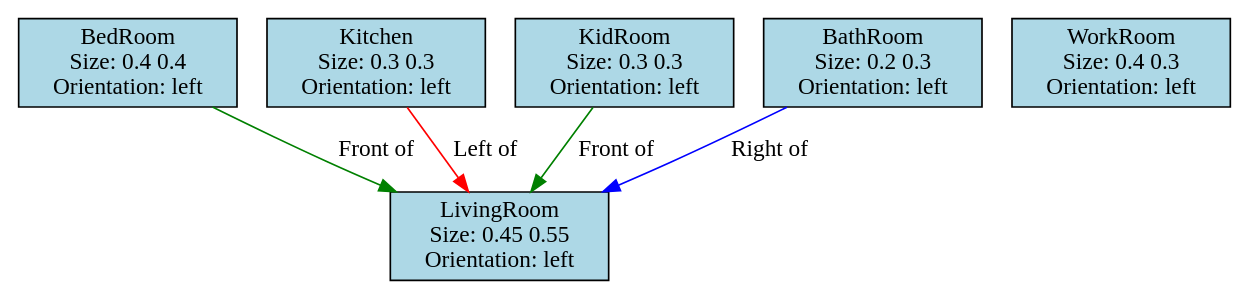
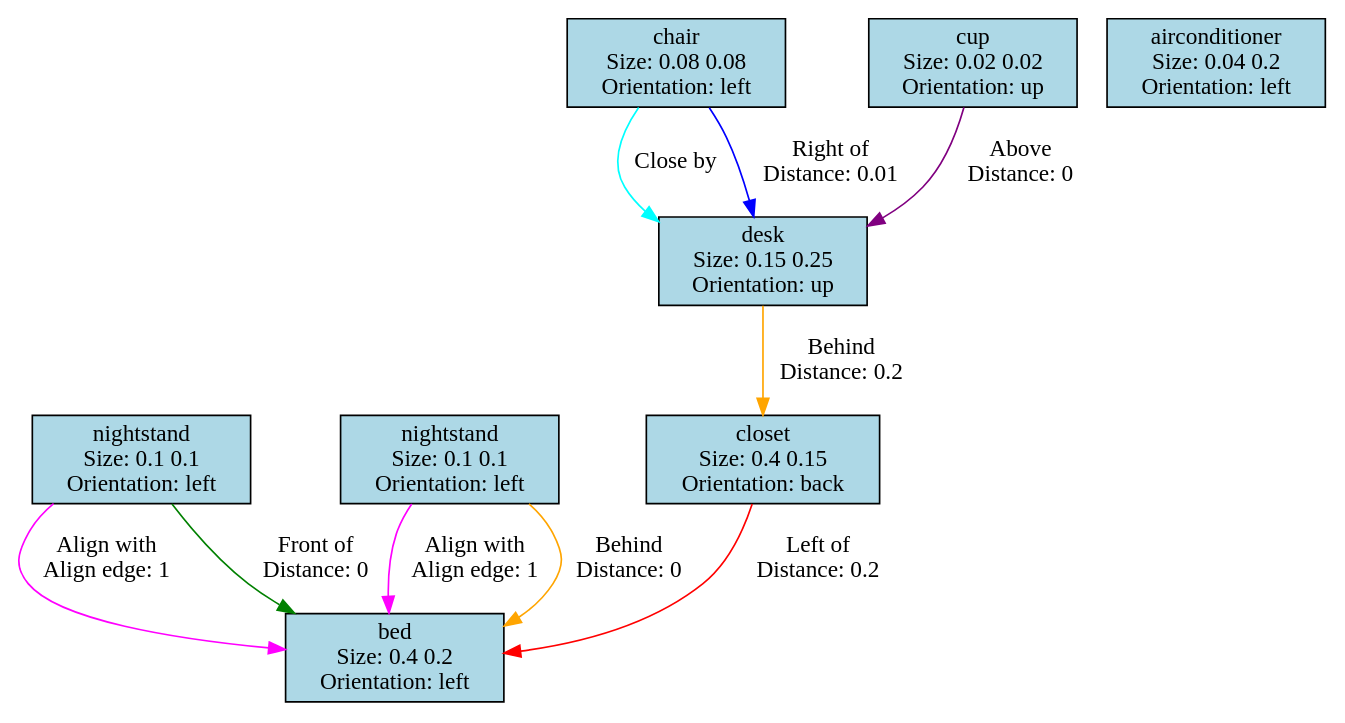
One commit to iambrc/AutoHomePlan changed the diagram in Assets/SceneGraph/graph_in.dot. Above: the diagram before and after it, drawn with Graphviz. The commit also changed 31 other files, not shown here.

```diff
--- a/Assets/SceneGraph/graph_in.dot
+++ b/Assets/SceneGraph/graph_in.dot
@@ -1,12 +1,19 @@
 digraph G {
-0[label="LivingRoom\nSize: 0.45 0.55\nOrientation: left", shape=rect, style=filled, fillcolor="lightblue", width=0.45, height=0.55];
-1[label="BedRoom\nSize: 0.4 0.4\nOrientation: left", shape=rect, style=filled, fillcolor="lightblue", width=0.4, height=0.4];
-2[label="Kitchen\nSize: 0.3 0.3\nOrientation: left", shape=rect, style=filled, fillcolor="lightblue", width=0.3, height=0.3];
-3[label="KidRoom\nSize: 0.3 0.3\nOrientation: left", shape=rect, style=filled, fillcolor="lightblue", width=0.3, height=0.3];
-4[label="BathRoom\nSize: 0.2 0.3\nOrientation: left", shape=rect, style=filled, fillcolor="lightblue", width=0.2, height=0.3];
-5[label="WorkRoom\nSize: 0.4 0.3\nOrientation: left", shape=rect, style=filled, fillcolor="lightblue", width=0.4, height=0.3];
-1->0 [label="Front of\n", color="green"];
-2->0 [label="Left of\n", color="red"];
-3->0 [label="Front of\n", color="green"];
-4->0 [label="Right of\n", color="blue"];
+0[label="bed\nSize: 0.4 0.2\nOrientation: left", shape=rect, style=filled, fillcolor="lightblue", width=0.4, height=0.2];
+1[label="nightstand\nSize: 0.1 0.1\nOrientation: left", shape=rect, style=filled, fillcolor="lightblue", width=0.1, height=0.1];
+2[label="nightstand\nSize: 0.1 0.1\nOrientation: left", shape=rect, style=filled, fillcolor="lightblue", width=0.1, height=0.1];
+3[label="closet\nSize: 0.4 0.15\nOrientation: back", shape=rect, style=filled, fillcolor="lightblue", width=0.4, height=0.15];
+4[label="desk\nSize: 0.15 0.25\nOrientation: up", shape=rect, style=filled, fillcolor="lightblue", width=0.15, height=0.25];
+5[label="chair\nSize: 0.08 0.08\nOrientation: left", shape=rect, style=filled, fillcolor="lightblue", width=0.08, height=0.08];
+6[label="airconditioner\nSize: 0.04 0.2\nOrientation: left", shape=rect, style=filled, fillcolor="lightblue", width=0.04, height=0.2];
+7[label="cup\nSize: 0.02 0.02\nOrientation: up", shape=rect, style=filled, fillcolor="lightblue", width=0.02, height=0.02];
+1->0 [label="Align with\nAlign edge: 1\n", color="magenta"];
+1->0 [label="Front of\nDistance: 0\n", color="green"];
+2->0 [label="Align with\nAlign edge: 1\n", color="magenta"];
+2->0 [label="Behind\nDistance: 0\n", color="orange"];
+3->0 [label="Left of\nDistance: 0.2\n", color="red"];
+4->3 [label="Behind\nDistance: 0.2\n", color="orange"];
+5->4 [label="Close by\n", color="cyan"];
+5->4 [label="Right of\nDistance: 0.01\n", color="blue"];
+7->4 [label="Above\nDistance: 0\n", color="purple"];
 }
```
